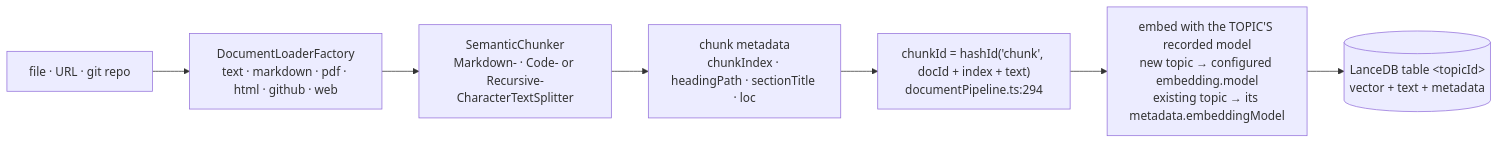
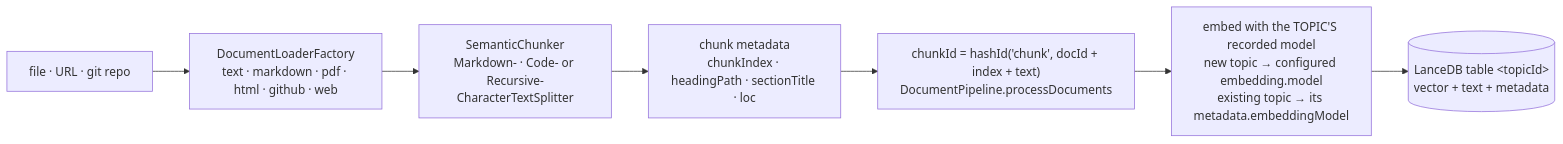
Before and after one commit to hyorman/RAGnarok: the second of 4 diagrams in docs/RETRIEVAL-PIPELINE.md, drawn with Mermaid. The commit also changed other lines of this file and 134 other files, not shown here.

````diff
--- a/docs/RETRIEVAL-PIPELINE.md
+++ b/docs/RETRIEVAL-PIPELINE.md
@@ -39,9 +39,9 @@
 ```mermaid
 flowchart LR
   F["file · URL · git repo"] --> L["DocumentLoaderFactory<br/>text · markdown · pdf · html · github · web"]
   L --> C["SemanticChunker<br/>Markdown- · Code- or Recursive-CharacterTextSplitter"]
   C --> M["chunk metadata<br/>chunkIndex · headingPath · sectionTitle · loc"]
-  M --> ID["chunkId = hashId('chunk', docId + index + text)<br/>documentPipeline.ts:294"]
+  M --> ID["chunkId = hashId('chunk', docId + index + text)<br/>DocumentPipeline.processDocuments"]
   ID --> E["embed with the TOPIC'S recorded model<br/>new topic → configured embedding.model<br/>existing topic → its metadata.embeddingModel"]
   E --> V[("LanceDB table &lt;topicId&gt;<br/>vector + text + metadata")]
 ```
````
